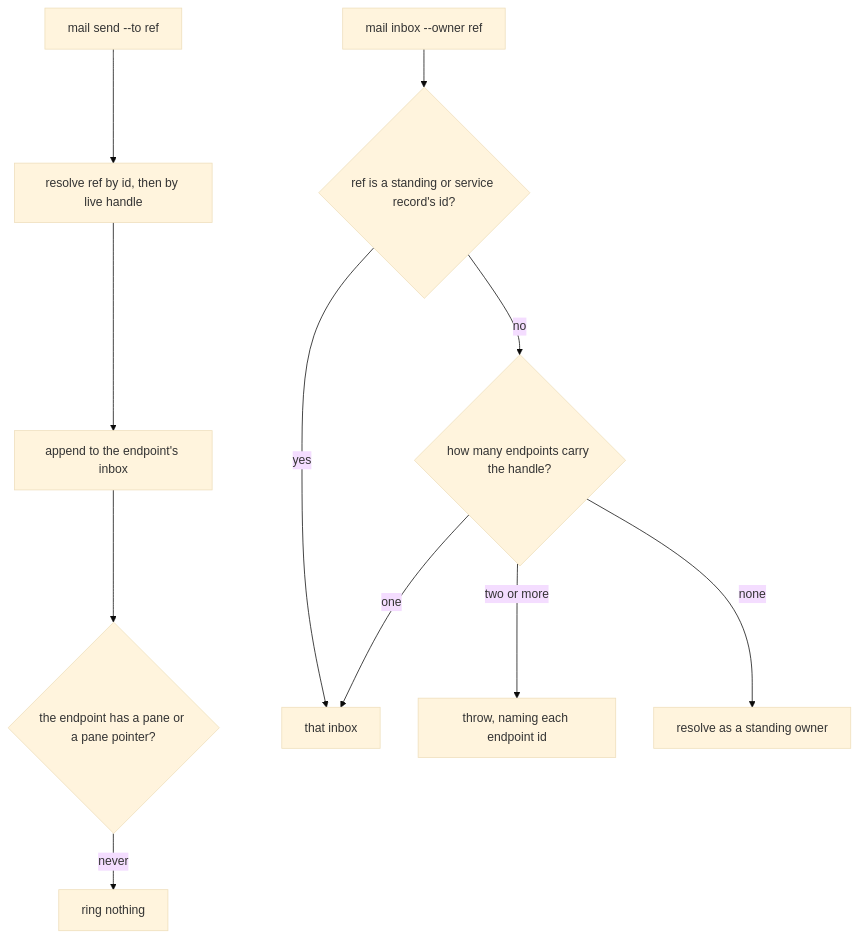
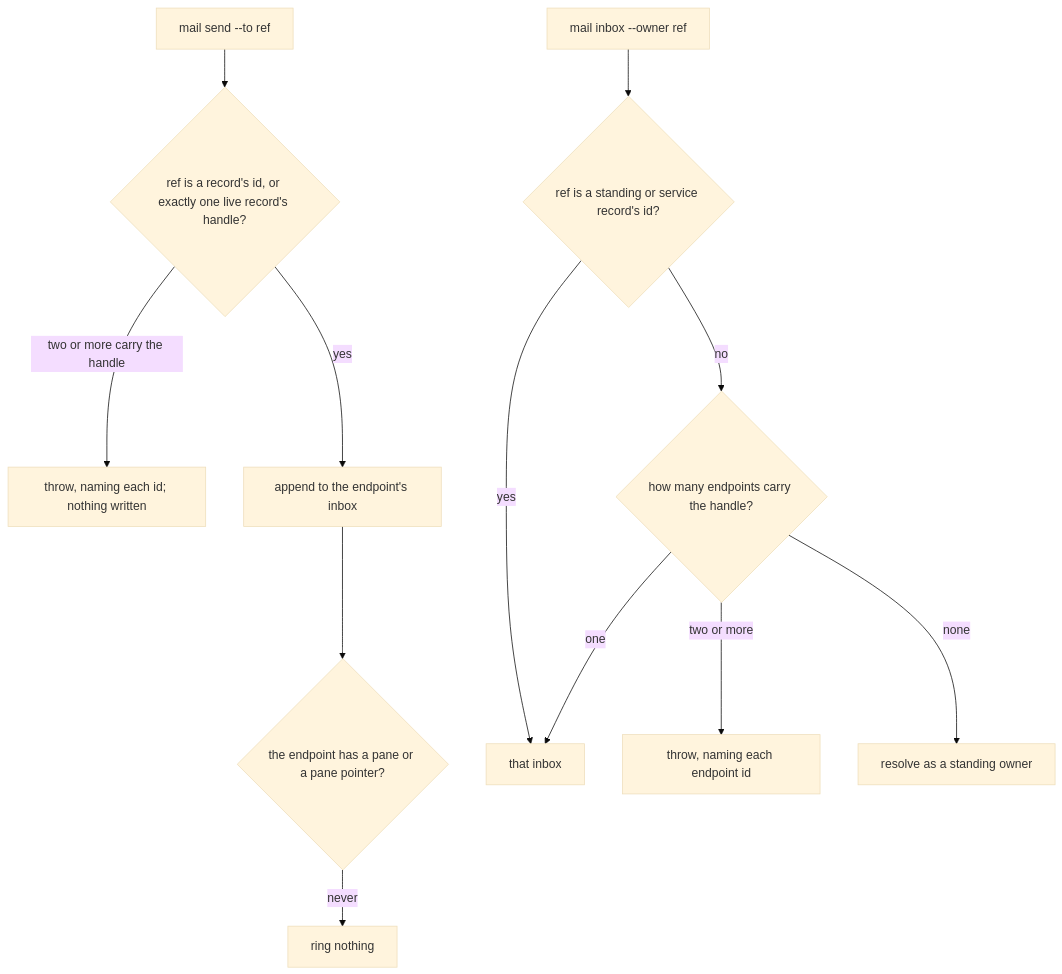
One commit to cyberuni/cyberlegion changed the third of 4 diagrams in packages/cyberlegion/.agents/spec/service/endpoint/README.md. Above: the diagram before and after it, drawn with Mermaid (base theme). The commit also changed other lines of this file and 8 other files, not shown here.

First line of the commit message:
fix: fail loud when a handle names more than one live unit (#148)

````diff
--- a/packages/cyberlegion/.agents/spec/service/endpoint/README.md
+++ b/packages/cyberlegion/.agents/spec/service/endpoint/README.md
@@ -153,13 +156,14 @@
 ```mermaid
 graph TD
-  M0["mail send --to ref"] --> M1["resolve ref by id, then by live handle"]
-  M1 --> M2["append to the endpoint's inbox"]
+  M0["mail send --to ref"] --> M1{"ref is a record's id, or exactly one live record's handle?"}
+  M1 -- "two or more carry the handle" --> M1X["throw, naming each id; nothing written"]
+  M1 -- yes --> M2["append to the endpoint's inbox"]
   M2 --> M3{"the endpoint has a pane or a pane pointer?"}
   M3 -- "never" --> M3X["ring nothing"]
   O0["mail inbox --owner ref"] --> O1{"ref is a standing or service record's id?"}
   O1 -- yes --> O1Y["that inbox"]
   O1 -- no --> O2{"how many endpoints carry the handle?"}
   O2 -- one --> O1Y
   O2 -- "two or more" --> O2X["throw, naming each endpoint id"]
   O2 -- none --> O3["resolve as a standing owner"]
 ```
````
